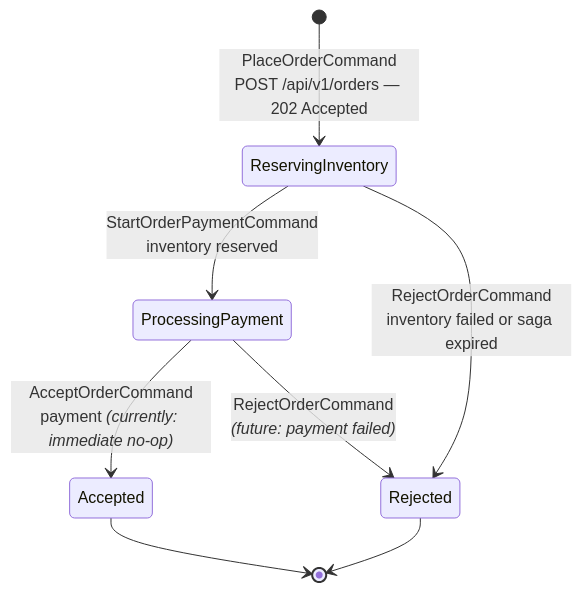
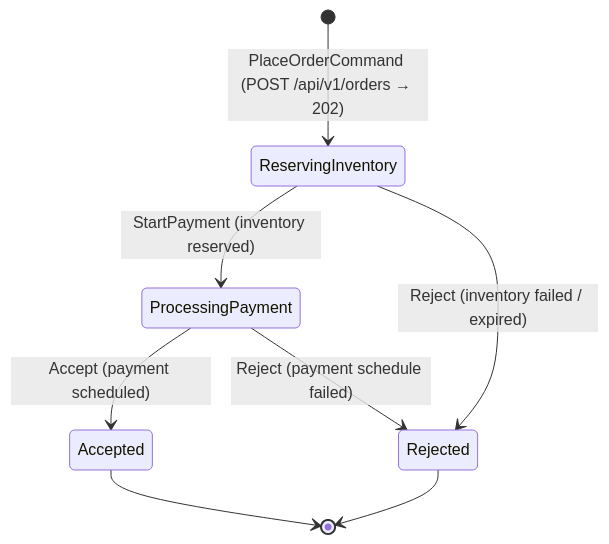
Before and after one commit to mnnam1302/EShop: the ninth of 17 diagrams in Order/src/EShop.Order.API/README.md, drawn with Mermaid. The commit also changed other lines of this file and 105 other files, not shown here.

First line of the commit message:
[EShop-2606] Introduce Finance service + Place-Order saga payment step (#71)

````diff
--- a/Order/src/EShop.Order.API/README.md
+++ b/Order/src/EShop.Order.API/README.md
@@ -172,13 +309,13 @@
 ```mermaid
 stateDiagram-v2
-    [*] --> ReservingInventory : PlaceOrderCommand<br/>POST /api/v1/orders — 202 Accepted
+    [*] --> ReservingInventory : PlaceOrderCommand (POST /api/v1/orders → 202)
 
-    ReservingInventory --> ProcessingPayment : StartOrderPaymentCommand<br/>inventory reserved
-    ReservingInventory --> Rejected          : RejectOrderCommand<br/>inventory failed or saga expired
+    ReservingInventory --> ProcessingPayment : StartPayment (inventory reserved)
+    ReservingInventory --> Rejected          : Reject (inventory failed / expired)
 
-    ProcessingPayment --> Accepted : AcceptOrderCommand<br/>payment *(currently: immediate no-op)*
-    ProcessingPayment --> Rejected : RejectOrderCommand<br/>*(future: payment failed)*
+    ProcessingPayment --> Accepted : Accept (payment scheduled)
+    ProcessingPayment --> Rejected : Reject (payment schedule failed)
 
     Accepted --> [*]
     Rejected --> [*]
 ```
````
